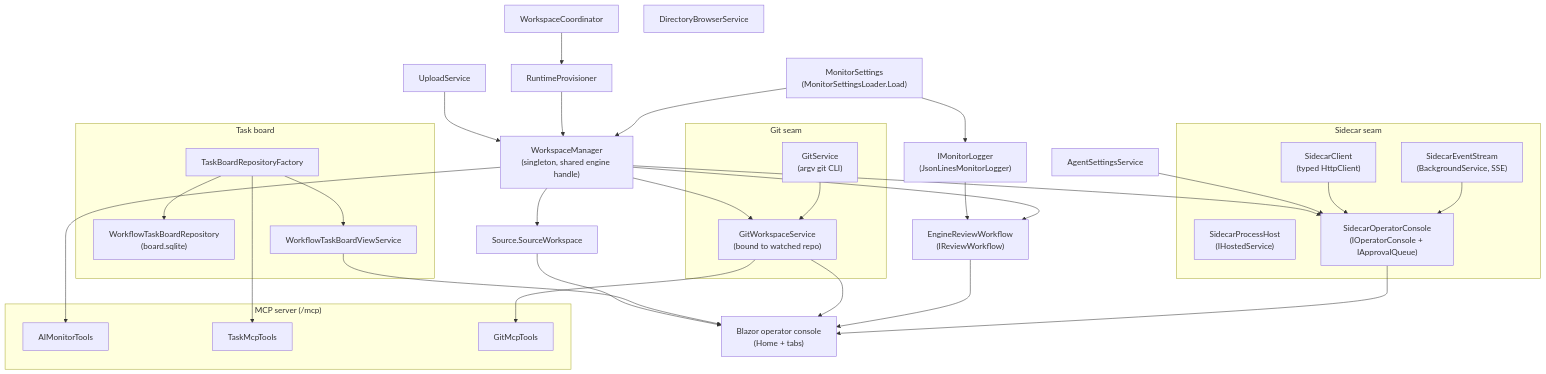
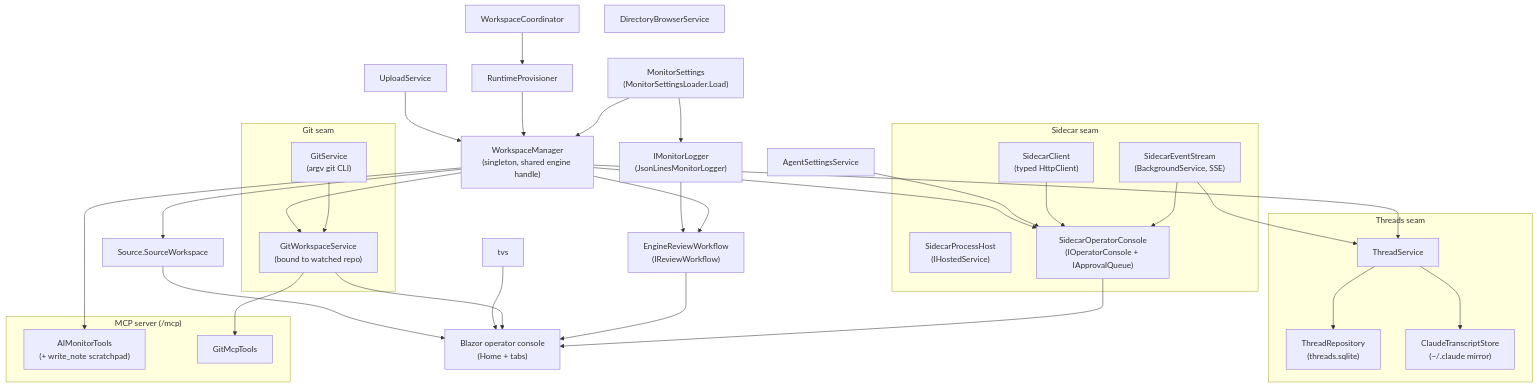
The first of 3 diagrams in docs/components/ClaudeWorkbench.Host.md (rdavi10471a2/ClaudeWorkbench), drawn with Mermaid before and after one commit. The commit also changed other lines of this file and 10 other files, not shown here.

````diff
--- a/docs/components/ClaudeWorkbench.Host.md
+++ b/docs/components/ClaudeWorkbench.Host.md
@@ -28,61 +28,61 @@
 ```mermaid
 flowchart TD
     settings["MonitorSettings\n(MonitorSettingsLoader.Load)"]
     wm["WorkspaceManager\n(singleton, shared engine handle)"]
     logger["IMonitorLogger\n(JsonLinesMonitorLogger)"]
     settings --> wm
     settings --> logger
 
     subgraph mcp["MCP server (/mcp)"]
-        aim["AIMonitorTools"]
-        task["TaskMcpTools"]
+        aim["AIMonitorTools\n(+ write_note scratchpad)"]
         gitmcp["GitMcpTools"]
     end
     wm --> aim
 
     subgraph sidecar["Sidecar seam"]
         sph["SidecarProcessHost\n(IHostedService)"]
         ses["SidecarEventStream\n(BackgroundService, SSE)"]
         sc["SidecarClient\n(typed HttpClient)"]
         soc["SidecarOperatorConsole\n(IOperatorConsole + IApprovalQueue)"]
     end
     ses --> soc
     sc --> soc
     agentcfg["AgentSettingsService"] --> soc
     wm --> soc
 
     erw["EngineReviewWorkflow\n(IReviewWorkflow)"]
     wm --> erw
     logger --> erw
 
     subgraph git["Git seam"]
         gsvc["GitService\n(argv git CLI)"]
         gws["GitWorkspaceService\n(bound to watched repo)"]
     end
     gsvc --> gws
     wm --> gws
     gws --> gitmcp
 
-    subgraph tasks["Task board"]
-        tf["TaskBoardRepositoryFactory"]
-        repo["WorkflowTaskBoardRepository\n(board.sqlite)"]
-        tvs["WorkflowTaskBoardViewService"]
+    subgraph threads["Threads seam"]
+        tsvc["ThreadService"]
+        trepo["ThreadRepository\n(threads.sqlite)"]
+        tstore["ClaudeTranscriptStore\n(~/.claude mirror)"]
     end
-    tf --> repo
-    tf --> task
-    tf --> tvs
+    tsvc --> trepo
+    tsvc --> tstore
+    ses --> tsvc
+    wm --> tsvc
 
     src["Source.SourceWorkspace"]
     wm --> src
     prov["RuntimeProvisioner"] --> wm
     coord["WorkspaceCoordinator"] --> prov
     upl["UploadService"] --> wm
     dir["DirectoryBrowserService"]
 
     ui["Blazor operator console\n(Home + tabs)"]
     soc --> ui
     erw --> ui
     gws --> ui
     tvs --> ui
     src --> ui
 ```
````
